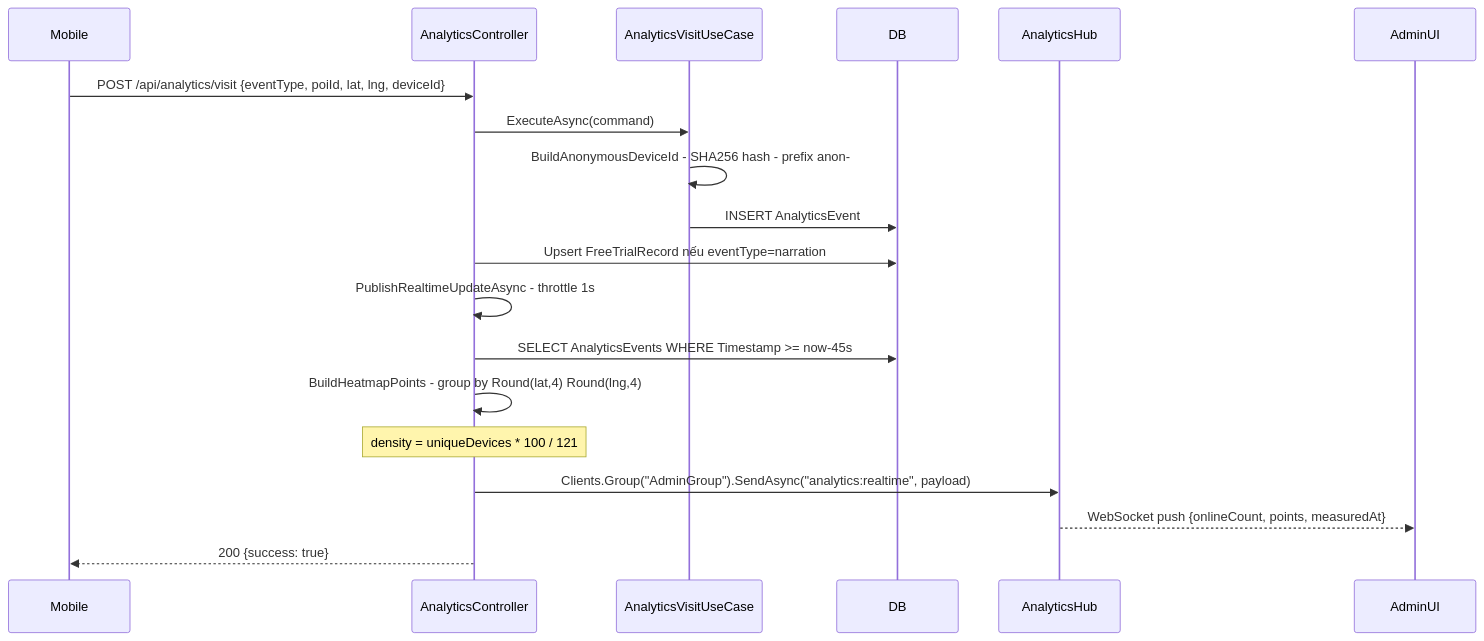
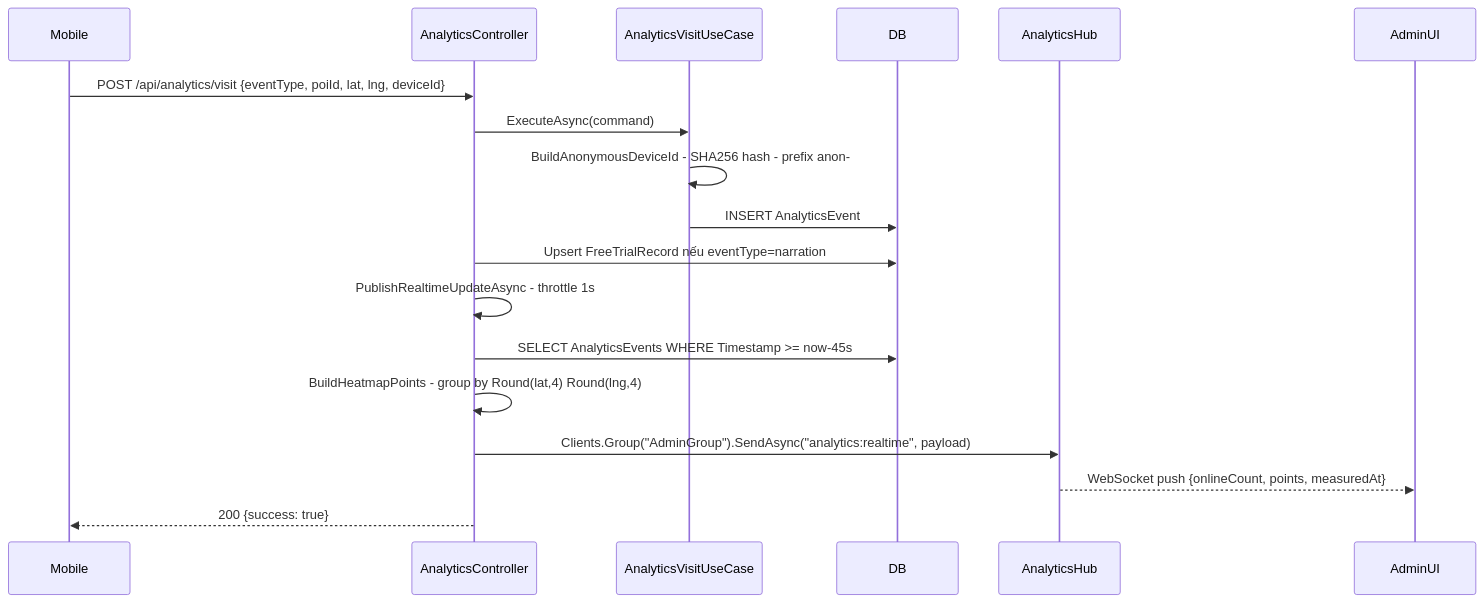
One commit to phamquyet47204/C-Sharp changed diagram 11 of 16 in README.md. Above: the diagram before and after it, drawn with Mermaid.

````diff
--- a/README.md
+++ b/README.md
@@ -692,22 +692,21 @@
 ```mermaid
 sequenceDiagram
   participant Mobile
   participant AnalyticsController
   participant AnalyticsVisitUseCase
   participant DB
   participant SignalR as AnalyticsHub
   participant AdminUI
 
   Mobile->>AnalyticsController: POST /api/analytics/visit {eventType, poiId, lat, lng, deviceId}
   AnalyticsController->>AnalyticsVisitUseCase: ExecuteAsync(command)
   AnalyticsVisitUseCase->>AnalyticsVisitUseCase: BuildAnonymousDeviceId - SHA256 hash - prefix anon-
   AnalyticsVisitUseCase->>DB: INSERT AnalyticsEvent
   AnalyticsController->>DB: Upsert FreeTrialRecord nếu eventType=narration
   AnalyticsController->>AnalyticsController: PublishRealtimeUpdateAsync - throttle 1s
   AnalyticsController->>DB: SELECT AnalyticsEvents WHERE Timestamp >= now-45s
   AnalyticsController->>AnalyticsController: BuildHeatmapPoints - group by Round(lat,4) Round(lng,4)
-  Note over AnalyticsController: density = uniqueDevices * 100 / 121
   AnalyticsController->>SignalR: Clients.Group("AdminGroup").SendAsync("analytics:realtime", payload)
   SignalR-->>AdminUI: WebSocket push {onlineCount, points, measuredAt}
   AnalyticsController-->>Mobile: 200 {success: true}
 ```
````
